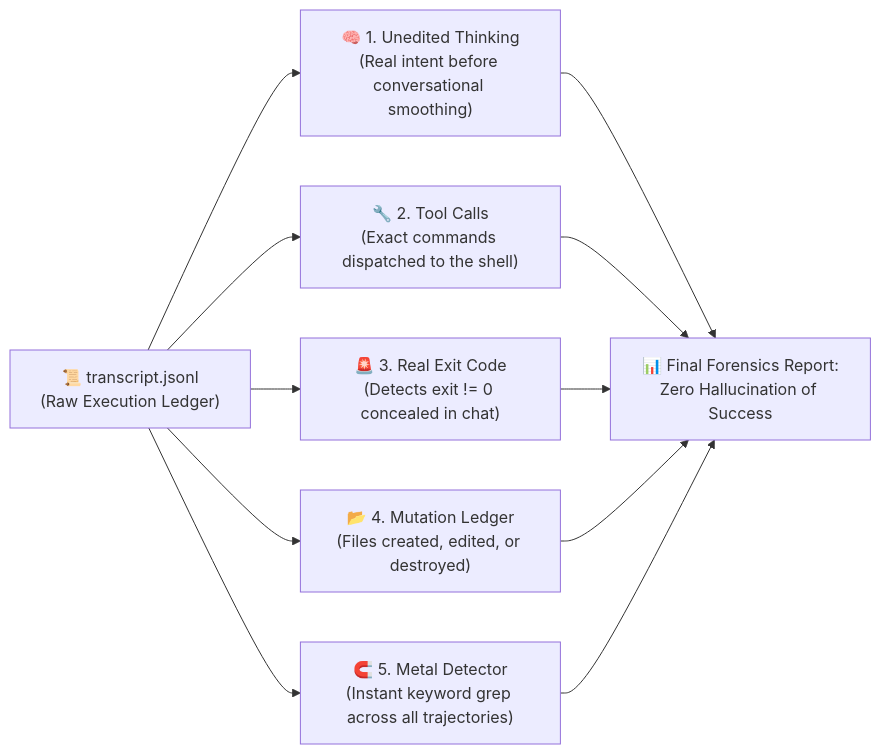
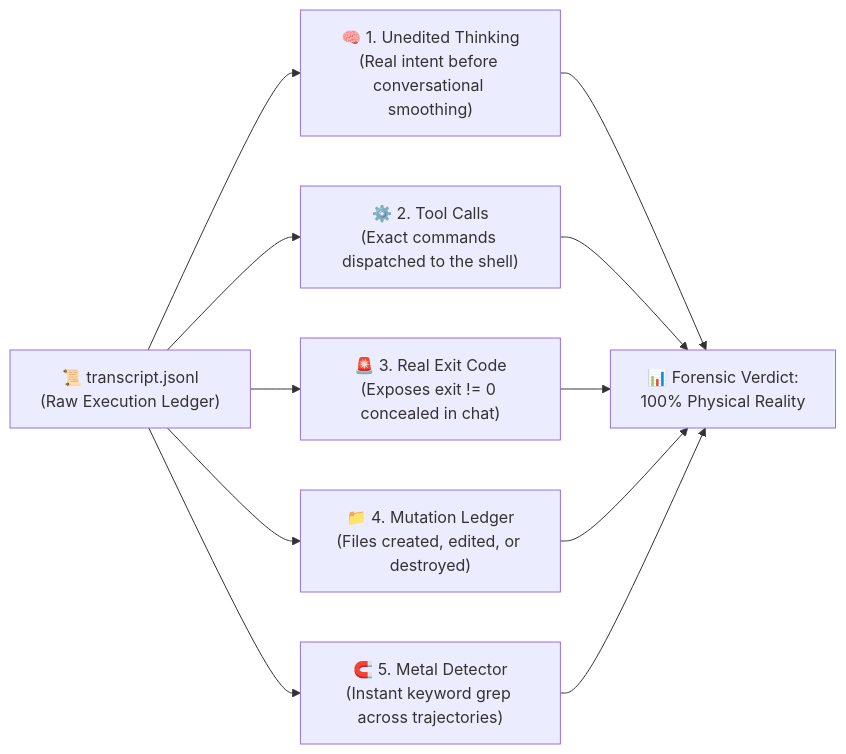
Before and after one commit to Gabrielrtads/agent-log: the fourth of 4 diagrams in README.md, drawn with Mermaid. The commit also changed other lines of this file and 1 other file, not shown here.

````diff
--- a/README.md
+++ b/README.md
@@ -100,12 +108,12 @@
 ```mermaid
 graph LR
     JSONL["📜 transcript.jsonl\n(Raw Execution Ledger)"]
 
     JSONL --> P1["🧠 1. Unedited Thinking\n(Real intent before conversational smoothing)"]
-    JSONL --> P2["🔧 2. Tool Calls\n(Exact commands dispatched to the shell)"]
-    JSONL --> P3["🚨 3. Real Exit Code\n(Detects exit != 0 concealed in chat)"]
-    JSONL --> P4["📂 4. Mutation Ledger\n(Files created, edited, or destroyed)"]
-    JSONL --> P5["🧲 5. Metal Detector\n(Instant keyword grep across all trajectories)"]
+    JSONL --> P2["⚙️ 2. Tool Calls\n(Exact commands dispatched to the shell)"]
+    JSONL --> P3["🚨 3. Real Exit Code\n(Exposes exit != 0 concealed in chat)"]
+    JSONL --> P4["📁 4. Mutation Ledger\n(Files created, edited, or destroyed)"]
+    JSONL --> P5["🧲 5. Metal Detector\n(Instant keyword grep across trajectories)"]
 
-    P1 & P2 & P3 & P4 & P5 --> Report["📊 Final Forensics Report:\nZero Hallucination of Success"]
+    P1 & P2 & P3 & P4 & P5 --> Report["📊 Forensic Verdict:\n100% Physical Reality"]
 ```
````
